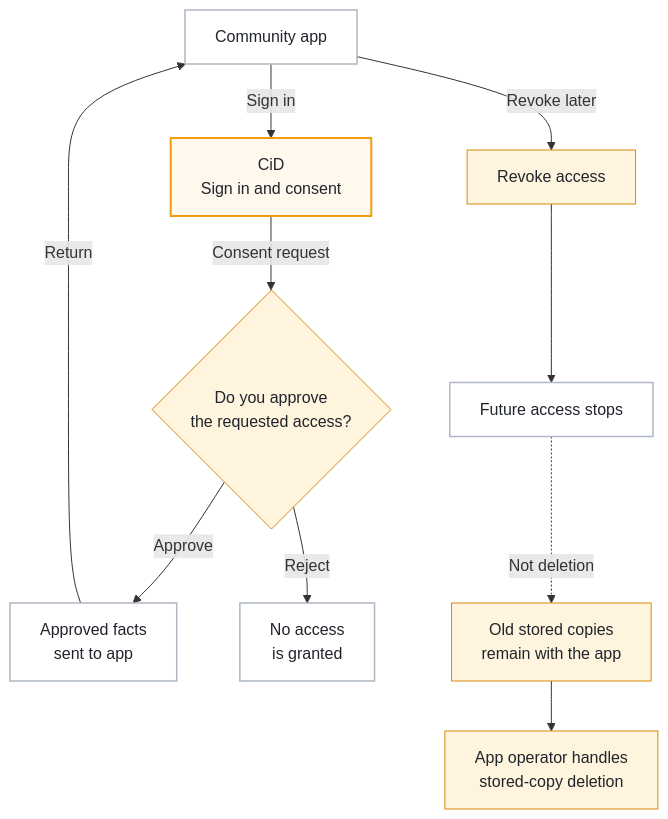
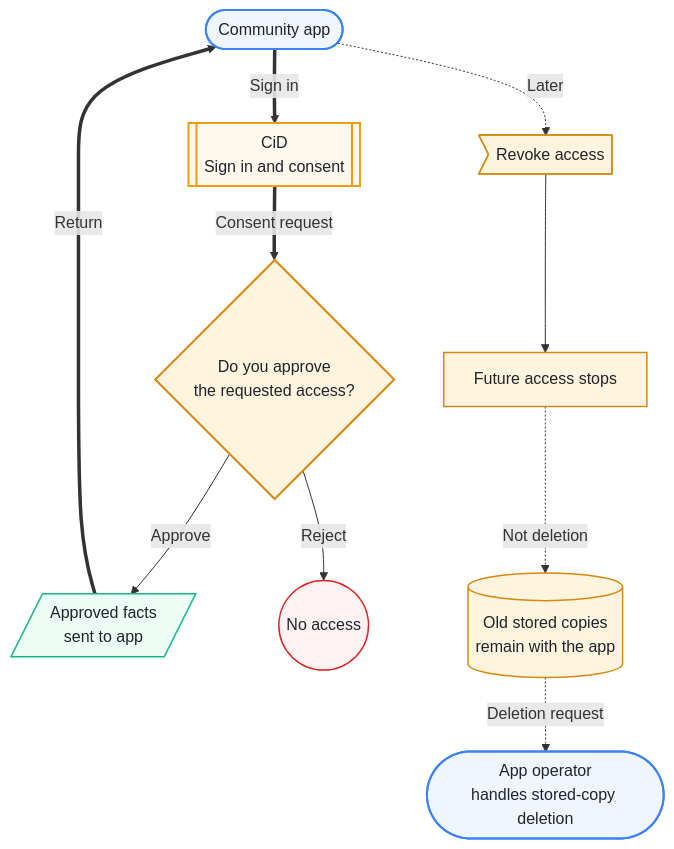
One commit to ArkanisCorporation/CitizenId-docs changed the diagram in docs/players/external-apps.md. Above: the diagram before and after it, drawn with Mermaid. The commit also changed 8 other files, not shown here.

Commit message:
fix: normalize existing diagram parts

````diff
--- a/docs/players/external-apps.md
+++ b/docs/players/external-apps.md
@@ -26,29 +26,35 @@
 ```mermaid
 flowchart TD
-  app["Community app"]
-  cid["CiD<br/>Sign in and consent"]
+  app(["Community app"])
+  cid[["CiD<br/>Sign in and consent"]]
   choice{"Do you approve<br/>the requested access?"}
-  approved["Approved facts<br/>sent to app"]
-  denied["No access<br/>is granted"]
-  revoke["Revoke access"]
+  approved[/Approved facts<br/>sent to app/]
+  denied((No access))
+  revoke>Revoke access]
   future["Future access stops"]
-  stored["Old stored copies<br/>remain with the app"]
-  operator["App operator handles<br/>stored-copy deletion"]
+  stored[(Old stored copies<br/>remain with the app)]
+  operator(["App operator<br/>handles stored-copy deletion"])
 
-  app -->|"Sign in"| cid
-  cid -->|"Consent request"| choice
+  app ==>|Sign in| cid
+  cid ==>|Consent request| choice
   choice -->|"Approve"| approved
   choice -->|"Reject"| denied
-  approved -->|"Return"| app
-  app -->|"Revoke later"| revoke
+  approved ==>|Return| app
+  app -. "Later" .-> revoke
   revoke --> future
   future -. "Not deletion" .-> stored
-  stored --> operator
+  stored -. "Deletion request" .-> operator
 
-  classDef cidNode fill:#fff8ec,stroke:#F39C12,color:#20242c,stroke-width:2px;
-  classDef appNode fill:#ffffff,stroke:#aeb7c4,color:#20242c,stroke-width:1.5px;
-  classDef warning fill:#fff4dd,stroke:#d8890f,color:#20242c;
-  class cid cidNode;
-  class app,approved,denied,future appNode;
-  class choice,revoke,stored,operator warning;
+  classDef actor fill:#eff6ff,stroke:#3b82f6,color:#20242c,stroke-width:2px;
+  classDef service fill:#fff8ec,stroke:#F39C12,color:#20242c,stroke-width:2px;
+  classDef decision fill:#fff4dd,stroke:#d8890f,color:#20242c,stroke-width:2px;
+  classDef data fill:#ecfdf5,stroke:#10b981,color:#20242c,stroke-width:1.5px;
+  classDef caution fill:#fff4dd,stroke:#d8890f,color:#20242c,stroke-width:1.5px;
+  classDef blocked fill:#fef2f2,stroke:#dc2626,color:#20242c,stroke-width:1.5px;
+  class app,operator actor;
+  class cid service;
+  class choice decision;
+  class approved data;
+  class denied blocked;
+  class revoke,future,stored caution;
 ```
````
